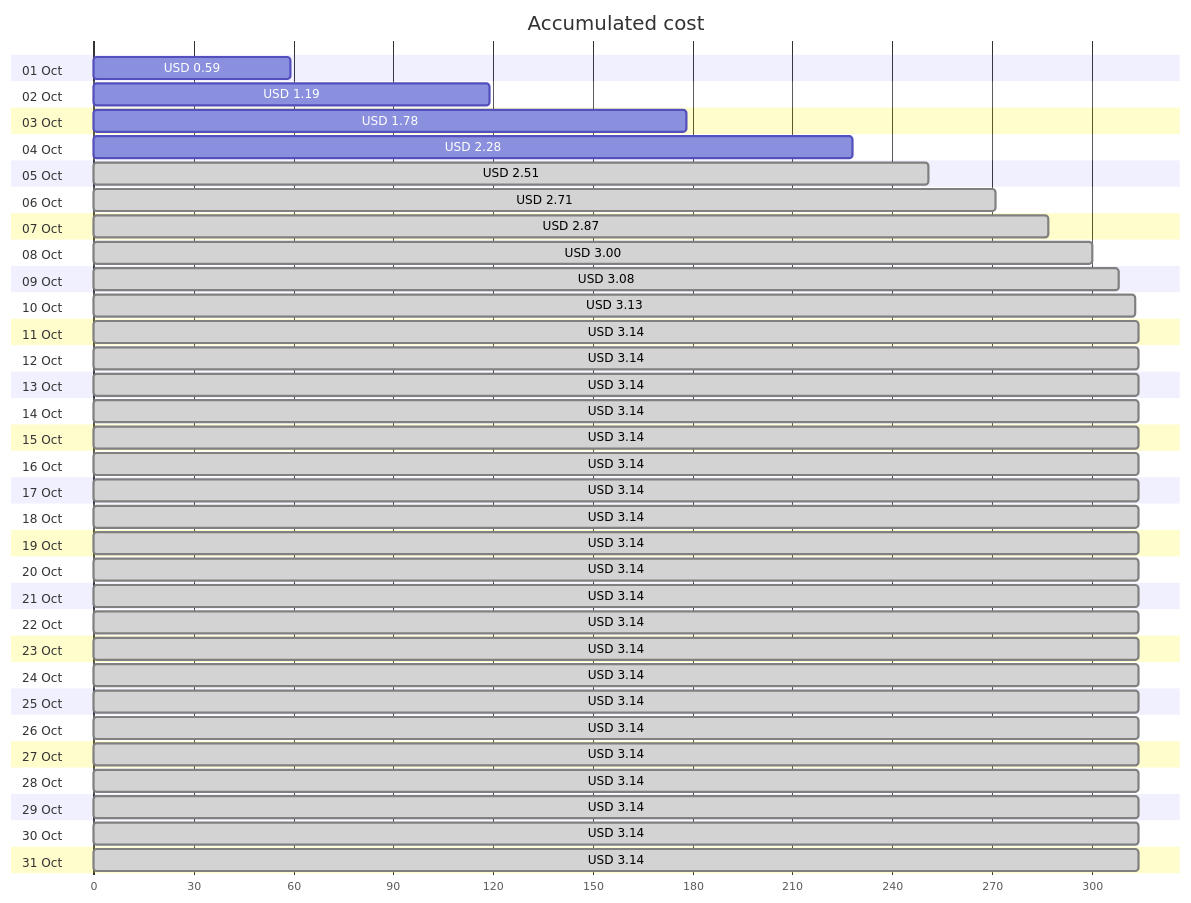
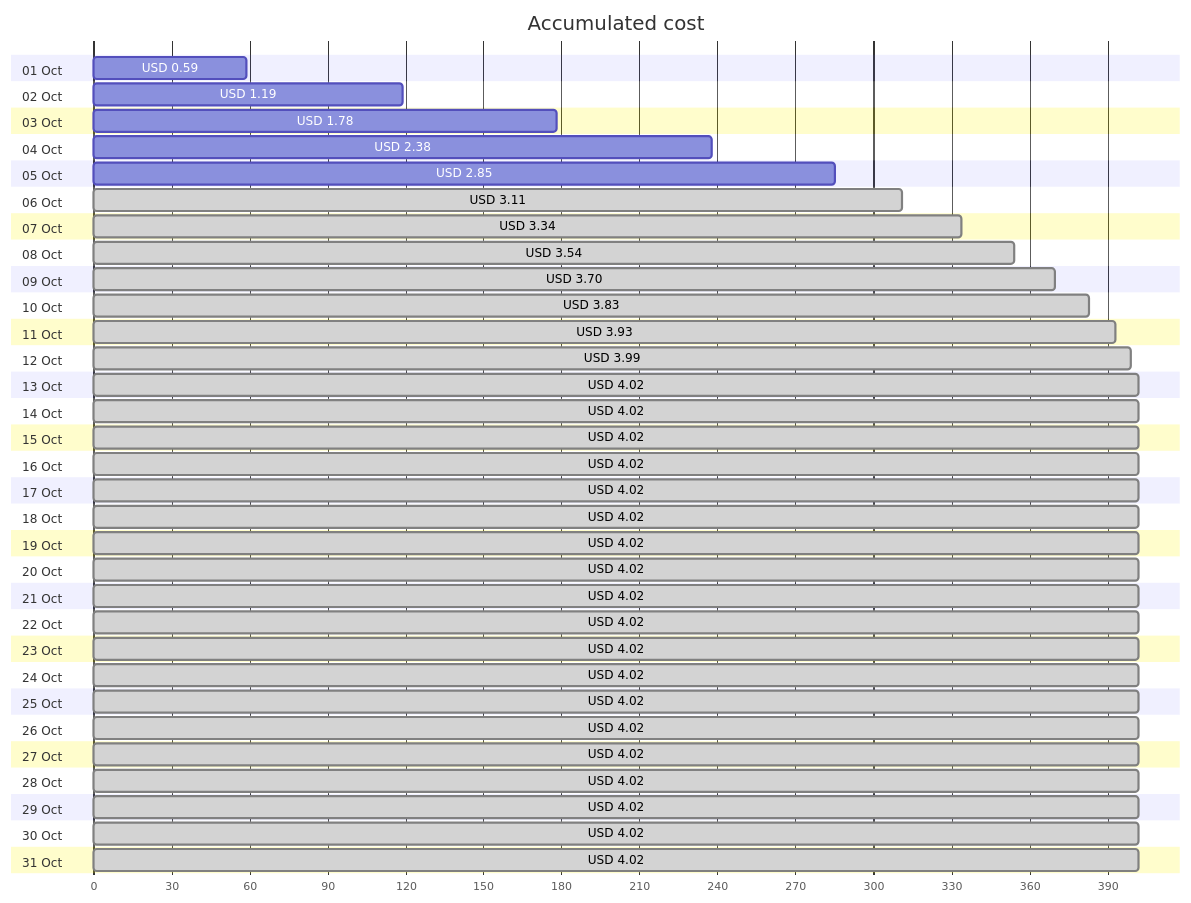
Before and after one commit to jpfulton/azure-personal-reports: the first of 4 diagrams in cost-reports/personal-site/README.md, drawn with Mermaid. The commit also changed other lines of this file and 6 other files, not shown here.

````diff
--- a/cost-reports/personal-site/README.md
+++ b/cost-reports/personal-site/README.md
@@ -20,68 +20,68 @@
 ```mermaid
 gantt
    title Accumulated cost
    dateFormat  X
    axisFormat %s
    section 01 Oct
    USD 0.59 :0, 59
    section 02 Oct
    USD 1.19 :0, 119
    section 03 Oct
    USD 1.78 :0, 178
    section 04 Oct
-   USD 2.28 :0, 228
+   USD 2.38 :0, 238
    section 05 Oct
-   USD 2.51 : done, 0, 251
+   USD 2.85 :0, 285
    section 06 Oct
-   USD 2.71 : done, 0, 271
+   USD 3.11 : done, 0, 311
    section 07 Oct
-   USD 2.87 : done, 0, 287
+   USD 3.34 : done, 0, 334
    section 08 Oct
-   USD 3.00 : done, 0, 300
+   USD 3.54 : done, 0, 354
    section 09 Oct
-   USD 3.08 : done, 0, 308
+   USD 3.70 : done, 0, 370
    section 10 Oct
-   USD 3.13 : done, 0, 313
+   USD 3.83 : done, 0, 383
    section 11 Oct
-   USD 3.14 : done, 0, 314
+   USD 3.93 : done, 0, 393
    section 12 Oct
-   USD 3.14 : done, 0, 314
+   USD 3.99 : done, 0, 399
    section 13 Oct
-   USD 3.14 : done, 0, 314
+   USD 4.02 : done, 0, 402
    section 14 Oct
-   USD 3.14 : done, 0, 314
+   USD 4.02 : done, 0, 402
    section 15 Oct
-   USD 3.14 : done, 0, 314
+   USD 4.02 : done, 0, 402
    section 16 Oct
-   USD 3.14 : done, 0, 314
+   USD 4.02 : done, 0, 402
    section 17 Oct
-   USD 3.14 : done, 0, 314
+   USD 4.02 : done, 0, 402
    section 18 Oct
-   USD 3.14 : done, 0, 314
+   USD 4.02 : done, 0, 402
    section 19 Oct
-   USD 3.14 : done, 0, 314
+   USD 4.02 : done, 0, 402
    section 20 Oct
-   USD 3.14 : done, 0, 314
+   USD 4.02 : done, 0, 402
    section 21 Oct
-   USD 3.14 : done, 0, 314
+   USD 4.02 : done, 0, 402
    section 22 Oct
-   USD 3.14 : done, 0, 314
+   USD 4.02 : done, 0, 402
    section 23 Oct
-   USD 3.14 : done, 0, 314
+   USD 4.02 : done, 0, 402
    section 24 Oct
-   USD 3.14 : done, 0, 314
+   USD 4.02 : done, 0, 402
    section 25 Oct
-   USD 3.14 : done, 0, 314
+   USD 4.02 : done, 0, 402
    section 26 Oct
-   USD 3.14 : done, 0, 314
+   USD 4.02 : done, 0, 402
    section 27 Oct
-   USD 3.14 : done, 0, 314
+   USD 4.02 : done, 0, 402
    section 28 Oct
-   USD 3.14 : done, 0, 314
+   USD 4.02 : done, 0, 402
    section 29 Oct
-   USD 3.14 : done, 0, 314
+   USD 4.02 : done, 0, 402
    section 30 Oct
-   USD 3.14 : done, 0, 314
+   USD 4.02 : done, 0, 402
    section 31 Oct
-   USD 3.14 : done, 0, 314
+   USD 4.02 : done, 0, 402
 ```
````
